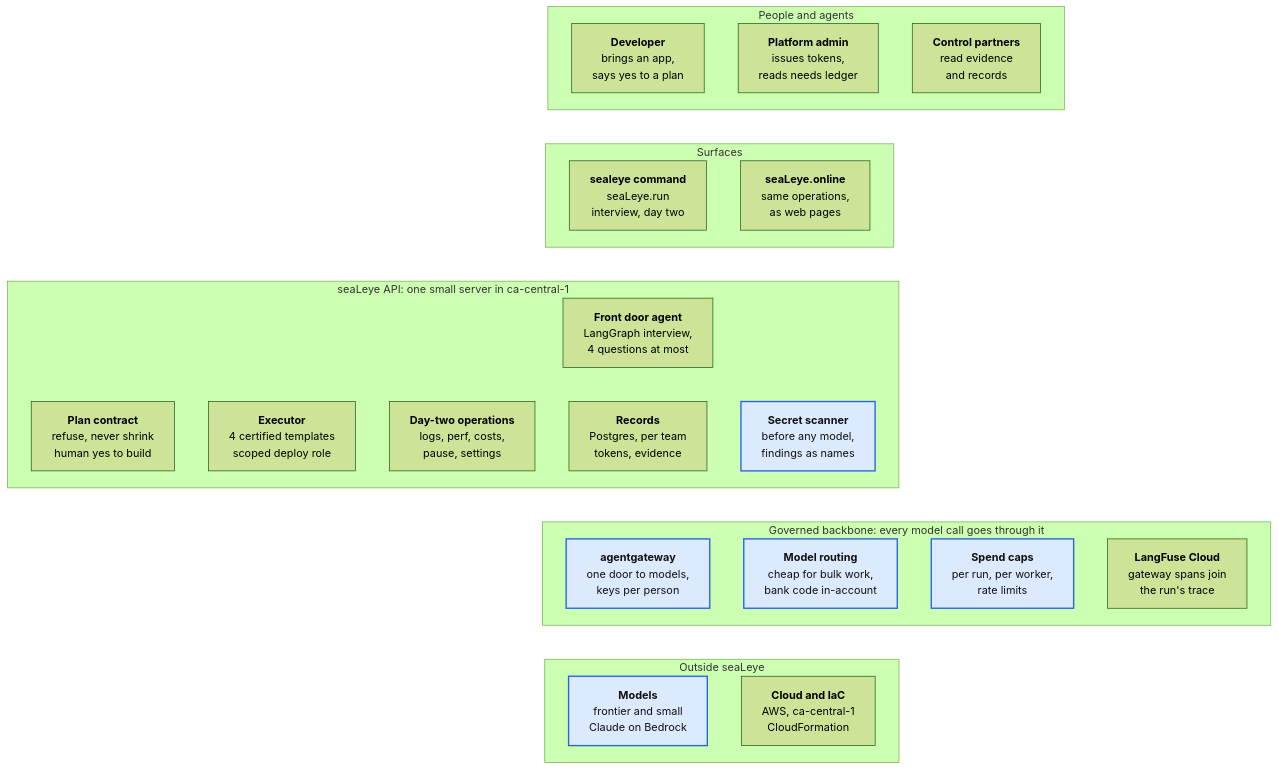
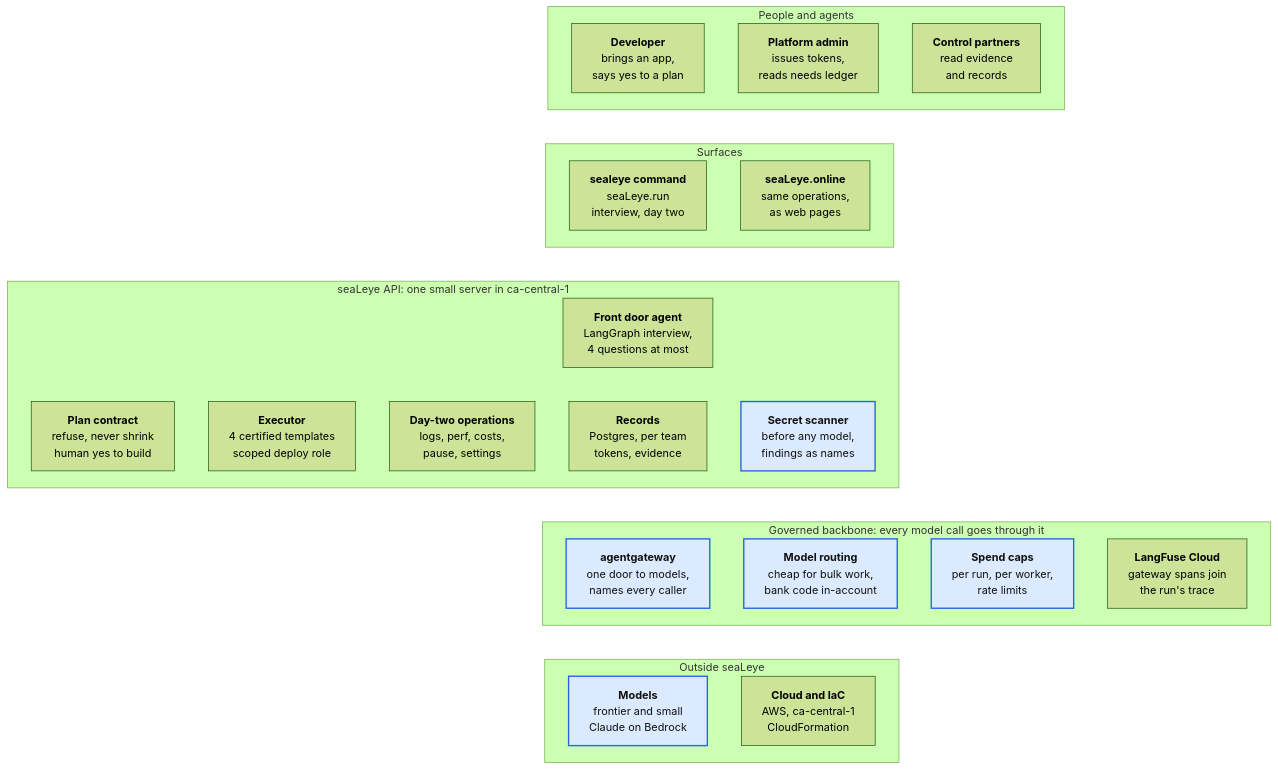
The third of 11 diagrams in docs/BUILD-OUT.md (GregKliewer/sealeye), drawn with Mermaid (forest theme) before and after one commit. The commit also changed other lines of this file and 1 other file, not shown here.

First line of the commit message:
BUILD-OUT: seaLeye's cap comes before the gateway in Phase 3's flow

````diff
--- a/docs/BUILD-OUT.md
+++ b/docs/BUILD-OUT.md
@@ -83,37 +83,37 @@
 ```mermaid
 flowchart TB
   subgraph people["People and agents"]
     dev["<b>Developer</b><br/>brings an app,<br/>says yes to a plan"]
     admin["<b>Platform admin</b><br/>issues tokens,<br/>reads needs ledger"]
     control["<b>Control partners</b><br/>read evidence<br/>and records"]
   end
   subgraph surfaces["Surfaces"]
     cli["<b>sealeye command</b><br/>seaLeye.run<br/>interview, day two"]
     portal["<b>seaLeye.online</b><br/>same operations,<br/>as web pages"]
   end
   dev ~~~ cli
   subgraph api["seaLeye API: one small server in ca-central-1"]
     frontdoor["<b>Front door agent</b><br/>LangGraph interview,<br/>4 questions at most"]
     contract["<b>Plan contract</b><br/>refuse, never shrink<br/>human yes to build"]
     executor["<b>Executor</b><br/>4 certified templates<br/>scoped deploy role"]
     daytwo["<b>Day-two operations</b><br/>logs, perf, costs,<br/>pause, settings"]
     records["<b>Records</b><br/>Postgres, per team<br/>tokens, evidence"]
     scanner["<b>Secret scanner</b><br/>before any model,<br/>findings as names"]
   end
   frontdoor ~~~ records
   cli ~~~ frontdoor
   subgraph backbone["Governed backbone: every model call goes through it"]
-    gateway["<b>agentgateway</b><br/>one door to models,<br/>keys per person"]
+    gateway["<b>agentgateway</b><br/>one door to models,<br/>names every caller"]
     routing["<b>Model routing</b><br/>cheap for bulk work,<br/>bank code in-account"]
     caps["<b>Spend caps</b><br/>per run, per worker,<br/>rate limits"]
     langfuse["<b>LangFuse Cloud</b><br/>gateway spans join<br/>the run's trace"]
   end
   records ~~~ gateway
   subgraph outside["Outside seaLeye"]
     models["<b>Models</b><br/>frontier and small<br/>Claude on Bedrock"]
     cloud["<b>Cloud and IaC</b><br/>AWS, ca-central-1<br/>CloudFormation"]
   end
   gateway ~~~ models
   classDef new fill:#dbeafe,stroke:#2563eb,stroke-width:2px,color:#111
   class caps,gateway,models,routing,scanner new
 ```
````
